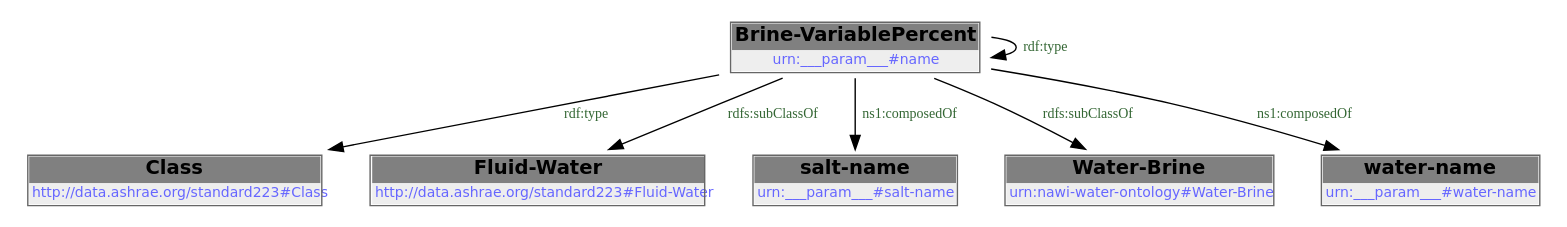
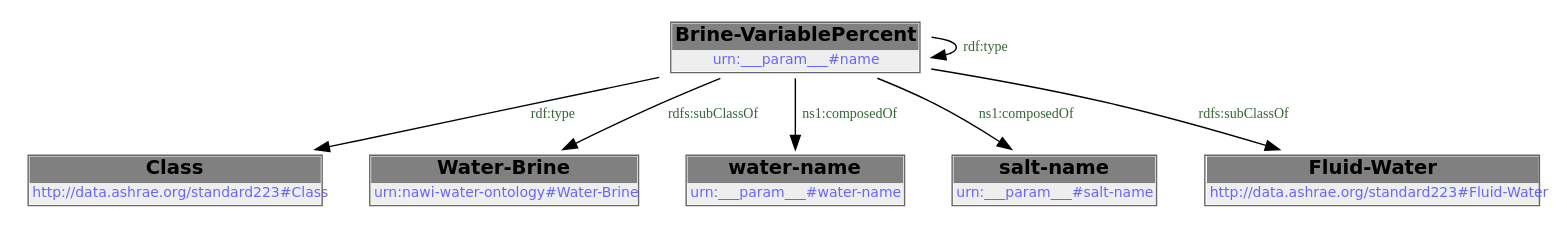
The first of 2 diagrams in docs/libraries/templates/brine.rst (DataDrivenCPS/water-ontology), drawn with Graphviz before and after one commit. The commit also changed other lines of this file and 33 other files, not shown here.

```diff
--- a/docs/libraries/templates/brine.rst
+++ b/docs/libraries/templates/brine.rst
@@ -85,17 +85,17 @@
         .. graphviz::
 
                 digraph G {
             node [fontname="DejaVu Sans"];
             node0 -> node0 [color=BLACK, label=< <font point-size='10' color='#336633'>rdf:type</font> >];
             node0 -> node1 [color=BLACK, label=< <font point-size='10' color='#336633'>rdf:type</font> >];
             node0 -> node2 [color=BLACK, label=< <font point-size='10' color='#336633'>rdfs:subClassOf</font> >];
             node0 -> node3 [color=BLACK, label=< <font point-size='10' color='#336633'>ns1:composedOf</font> >];
-            node0 -> node4 [color=BLACK, label=< <font point-size='10' color='#336633'>rdfs:subClassOf</font> >];
-            node0 -> node5 [color=BLACK, label=< <font point-size='10' color='#336633'>ns1:composedOf</font> >];
+            node0 -> node4 [color=BLACK, label=< <font point-size='10' color='#336633'>ns1:composedOf</font> >];
+            node0 -> node5 [color=BLACK, label=< <font point-size='10' color='#336633'>rdfs:subClassOf</font> >];
             node0 [shape=none, color=black, label=< <table color='#666666' cellborder='0' cellspacing='0' border='1'><tr><td colspan='2' bgcolor='grey'><B>Brine-VariablePercent</B></td></tr><tr><td href='urn:___param___#name' bgcolor='#eeeeee' colspan='2'><font point-size='10' color='#6666ff'>urn:___param___#name</font></td></tr></table> >];
             node1 [shape=none, color=black, label=< <table color='#666666' cellborder='0' cellspacing='0' border='1'><tr><td colspan='2' bgcolor='grey'><B>Class</B></td></tr><tr><td href='http://data.ashrae.org/standard223#Class' bgcolor='#eeeeee' colspan='2'><font point-size='10' color='#6666ff'>http://data.ashrae.org/standard223#Class</font></td></tr></table> >];
-            node2 [shape=none, color=black, label=< <table color='#666666' cellborder='0' cellspacing='0' border='1'><tr><td colspan='2' bgcolor='grey'><B>Fluid-Water</B></td></tr><tr><td href='http://data.ashrae.org/standard223#Fluid-Water' bgcolor='#eeeeee' colspan='2'><font point-size='10' color='#6666ff'>http://data.ashrae.org/standard223#Fluid-Water</font></td></tr></table> >];
-            node3 [shape=none, color=black, label=< <table color='#666666' cellborder='0' cellspacing='0' border='1'><tr><td colspan='2' bgcolor='grey'><B>salt-name</B></td></tr><tr><td href='urn:___param___#salt-name' bgcolor='#eeeeee' colspan='2'><font point-size='10' color='#6666ff'>urn:___param___#salt-name</font></td></tr></table> >];
-            node4 [shape=none, color=black, label=< <table color='#666666' cellborder='0' cellspacing='0' border='1'><tr><td colspan='2' bgcolor='grey'><B>Water-Brine</B></td></tr><tr><td href='urn:nawi-water-ontology#Water-Brine' bgcolor='#eeeeee' colspan='2'><font point-size='10' color='#6666ff'>urn:nawi-water-ontology#Water-Brine</font></td></tr></table> >];
-            node5 [shape=none, color=black, label=< <table color='#666666' cellborder='0' cellspacing='0' border='1'><tr><td colspan='2' bgcolor='grey'><B>water-name</B></td></tr><tr><td href='urn:___param___#water-name' bgcolor='#eeeeee' colspan='2'><font point-size='10' color='#6666ff'>urn:___param___#water-name</font></td></tr></table> >];
+            node2 [shape=none, color=black, label=< <table color='#666666' cellborder='0' cellspacing='0' border='1'><tr><td colspan='2' bgcolor='grey'><B>Water-Brine</B></td></tr><tr><td href='urn:nawi-water-ontology#Water-Brine' bgcolor='#eeeeee' colspan='2'><font point-size='10' color='#6666ff'>urn:nawi-water-ontology#Water-Brine</font></td></tr></table> >];
+            node3 [shape=none, color=black, label=< <table color='#666666' cellborder='0' cellspacing='0' border='1'><tr><td colspan='2' bgcolor='grey'><B>water-name</B></td></tr><tr><td href='urn:___param___#water-name' bgcolor='#eeeeee' colspan='2'><font point-size='10' color='#6666ff'>urn:___param___#water-name</font></td></tr></table> >];
+            node4 [shape=none, color=black, label=< <table color='#666666' cellborder='0' cellspacing='0' border='1'><tr><td colspan='2' bgcolor='grey'><B>salt-name</B></td></tr><tr><td href='urn:___param___#salt-name' bgcolor='#eeeeee' colspan='2'><font point-size='10' color='#6666ff'>urn:___param___#salt-name</font></td></tr></table> >];
+            node5 [shape=none, color=black, label=< <table color='#666666' cellborder='0' cellspacing='0' border='1'><tr><td colspan='2' bgcolor='grey'><B>Fluid-Water</B></td></tr><tr><td href='http://data.ashrae.org/standard223#Fluid-Water' bgcolor='#eeeeee' colspan='2'><font point-size='10' color='#6666ff'>http://data.ashrae.org/standard223#Fluid-Water</font></td></tr></table> >];
             }
```
